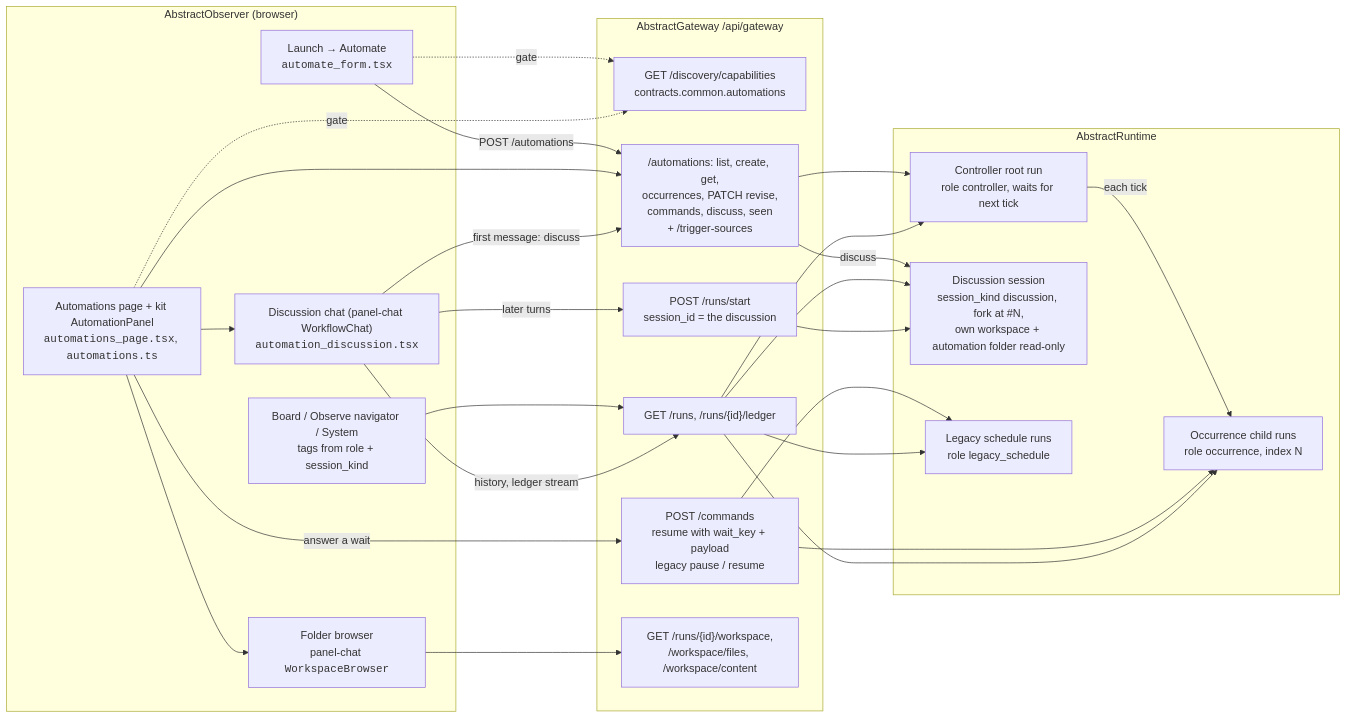
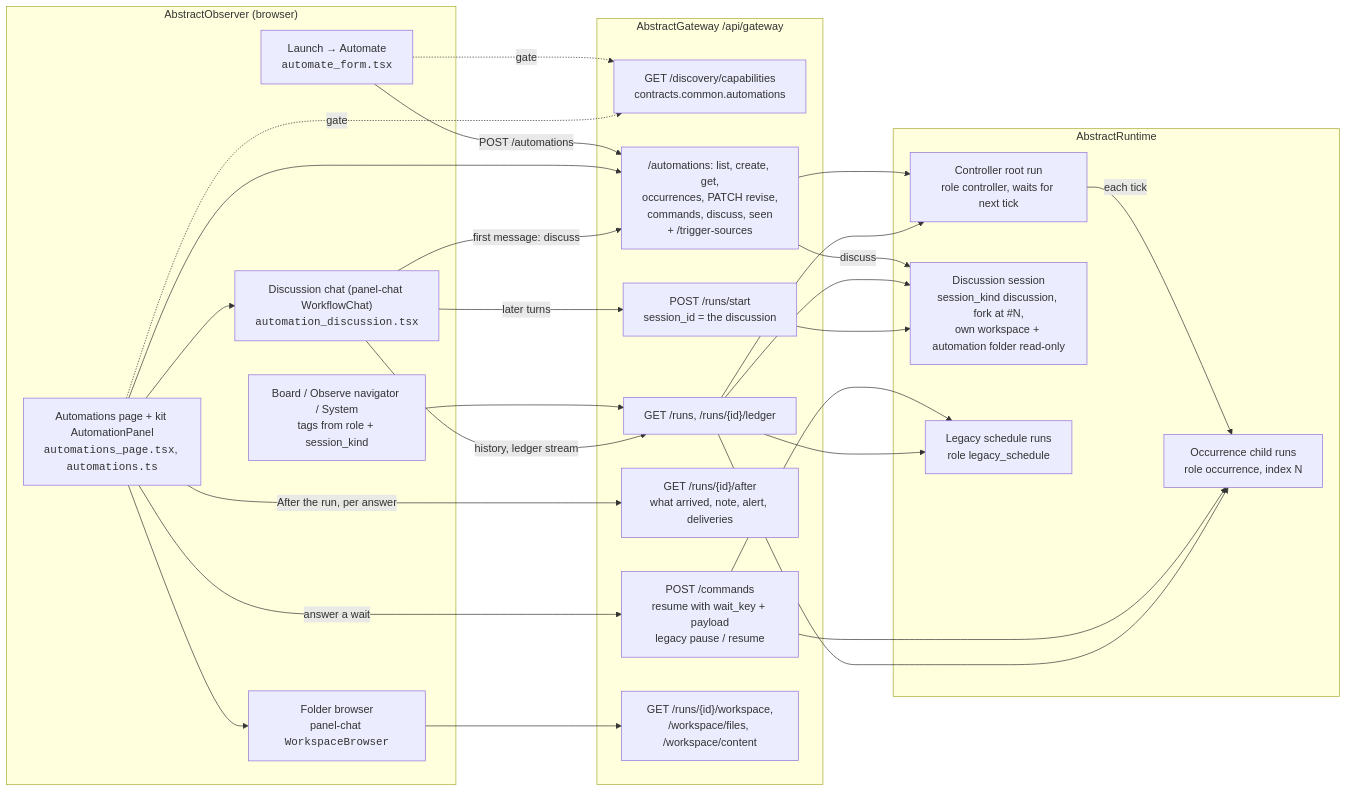
The third of 3 diagrams in docs/architecture.md (lpalbou/AbstractObserver), drawn with Mermaid before and after one commit. The commit also changed other lines of this file and 10 other files, not shown here.

````diff
--- a/docs/architecture.md
+++ b/docs/architecture.md
@@ -86,46 +86,48 @@
 ```mermaid
 flowchart LR
   subgraph OBS["AbstractObserver (browser)"]
     L["Launch → Automate<br/><code>automate_form.tsx</code>"]
     AP["Automations page + kit AutomationPanel<br/><code>automations_page.tsx</code>, <code>automations.ts</code>"]
     BV["Board / Observe navigator / System<br/>tags from role + session_kind"]
     DC["Discussion chat (panel-chat WorkflowChat)<br/><code>automation_discussion.tsx</code>"]
     WB["Folder browser<br/>panel-chat <code>WorkspaceBrowser</code>"]
   end
   subgraph GW["AbstractGateway /api/gateway"]
     CAP["GET /discovery/capabilities<br/>contracts.common.automations"]
     AUTO["/automations: list, create, get,<br/>occurrences, PATCH revise,<br/>commands, discuss, seen<br/>+ /trigger-sources"]
     CMD["POST /commands<br/>resume with wait_key + payload<br/>legacy pause / resume"]
     RUNS["GET /runs, /runs/{id}/ledger"]
+    AFTER["GET /runs/{id}/after<br/>what arrived, note, alert, deliveries"]
     START["POST /runs/start<br/>session_id = the discussion"]
     WS["GET /runs/{id}/workspace,<br/>/workspace/files, /workspace/content"]
   end
   subgraph RT[AbstractRuntime]
     CTRL["Controller root run<br/>role controller, waits for next tick"]
     OCC["Occurrence child runs<br/>role occurrence, index N"]
     DISC["Discussion session<br/>session_kind discussion, fork at #N,<br/>own workspace + automation folder read-only"]
     LEG["Legacy schedule runs<br/>role legacy_schedule"]
   end
   L -->|POST /automations| AUTO
   AP --> AUTO
   AP -->|answer a wait| CMD
+  AP -->|After the run, per answer| AFTER
   L -. gate .-> CAP
   AP -. gate .-> CAP
   BV --> RUNS
   AUTO --> CTRL
   CTRL -->|each tick| OCC
   AUTO -->|discuss| DISC
   CMD --> OCC
   CMD --> LEG
   RUNS --> CTRL
   RUNS --> OCC
   RUNS --> DISC
   AP --> DC
   AP --> WB
   DC -->|first message: discuss| AUTO
   DC -->|later turns| START
   DC -->|history, ledger stream| RUNS
   START --> DISC
   WB --> WS
   RUNS --> LEG
 ```
````
